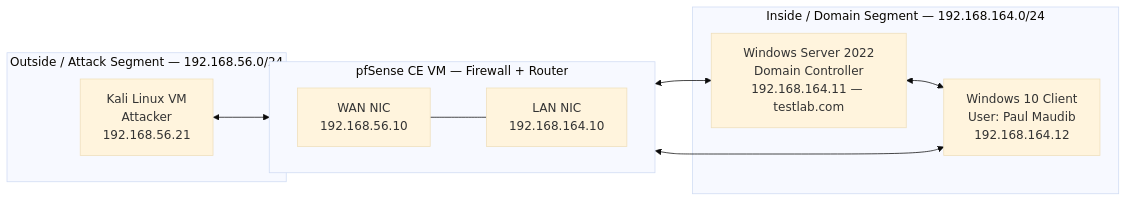
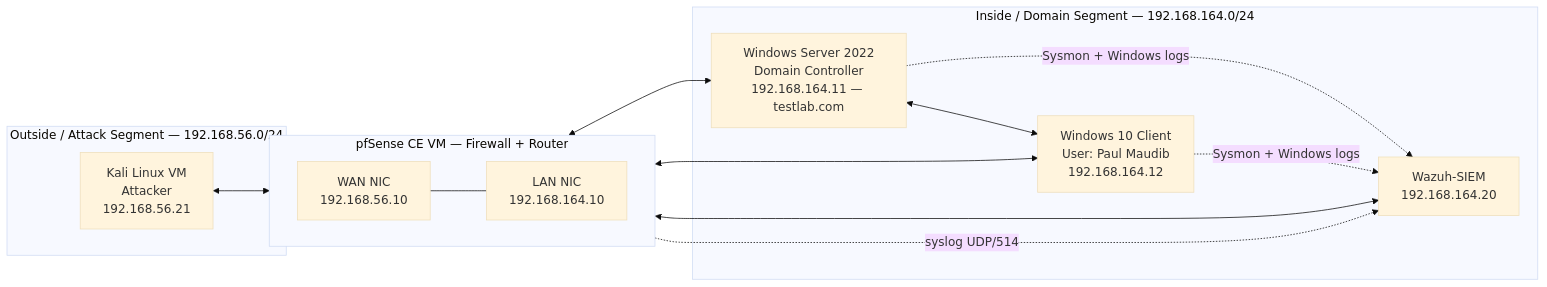
One commit to HakeemP210/Cybersecurity-Virtual-Lab-Build changed the diagram in README.md. Above: the diagram before and after it, drawn with Mermaid (base theme). The commit also changed other lines of this file, not shown here.

````diff
--- a/README.md
+++ b/README.md
@@ -17,23 +26,28 @@
 ```mermaid
 flowchart LR
     subgraph OUTSIDE["Outside / Attack Segment — 192.168.56.0/24"]
         KALI["Kali Linux VM<br/>Attacker<br/>192.168.56.21"]
     end
 
     subgraph FW["pfSense CE VM — Firewall + Router"]
         direction LR
         WAN["WAN NIC<br/>192.168.56.10"]
         LAN["LAN NIC<br/>192.168.164.10"]
         WAN --- LAN
     end
 
     subgraph INSIDE["Inside / Domain Segment — 192.168.164.0/24"]
         DC["Windows Server 2022<br/>Domain Controller<br/>192.168.164.11 — testlab.com"]
         CLIENT["Windows 10 Client<br/>User: Paul Maudib<br/>192.168.164.12"]
+        SIEM["Wazuh-SIEM<br/>192.168.164.20"]
         DC <--> CLIENT
+        DC -. Sysmon + Windows logs .-> SIEM
+        CLIENT -. Sysmon + Windows logs .-> SIEM
     end
 
     KALI <--> WAN
     LAN <--> DC
     LAN <--> CLIENT
+    LAN <--> SIEM
+    LAN -. syslog UDP/514 .-> SIEM
 ```
````
